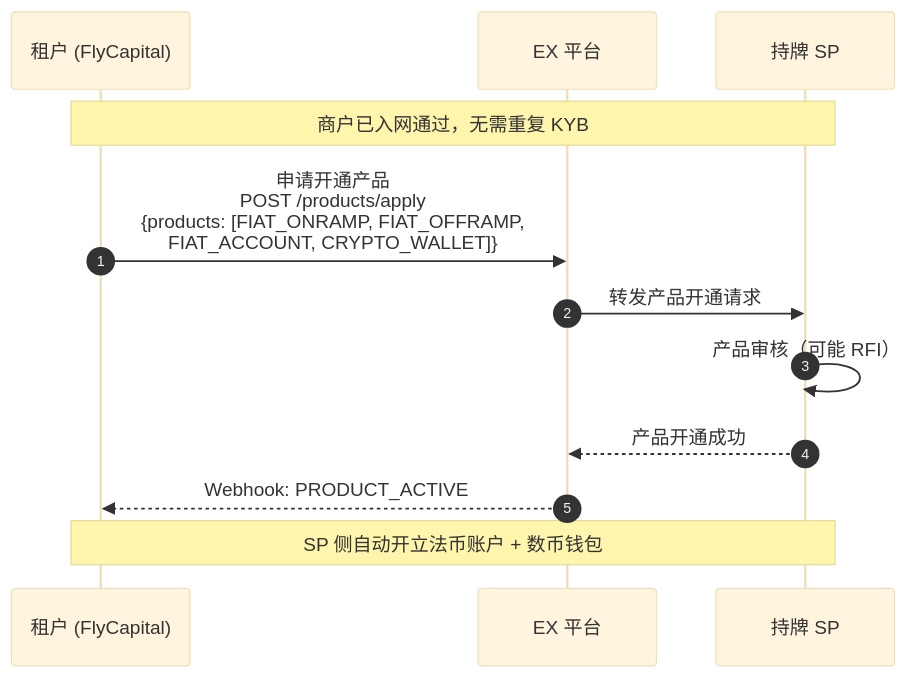
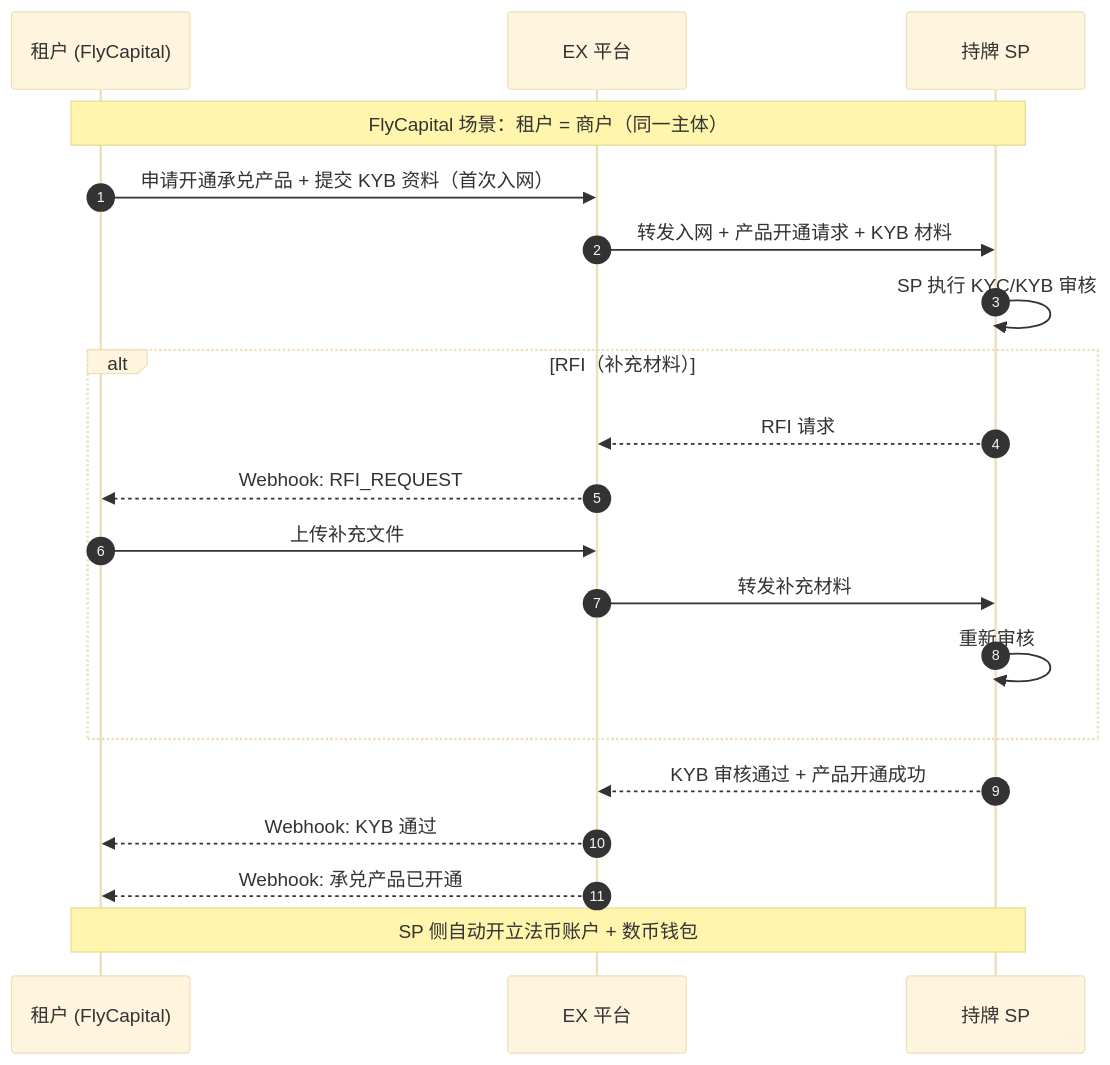
The second of 9 diagrams in Solutions/solutions/API-SOLUTION/ex-API-onofframp-solution.md (xiaoxiaoangie/EX-NEW), drawn with Mermaid (base theme) before and after one commit. The commit also changed other lines of this file and 18 other files, not shown here.

````diff
--- a/Solutions/solutions/API-SOLUTION/ex-API-onofframp-solution.md
+++ b/Solutions/solutions/API-SOLUTION/ex-API-onofframp-solution.md
@@ -151,16 +141,26 @@
 ```mermaid
 sequenceDiagram
     autonumber
     participant T as 租户 (FlyCapital)
     participant EX as EX 平台
     participant SP as 持牌 SP
 
-    Note over T,SP: 商户已入网通过，无需重复 KYB
+    Note over T,SP: FlyCapital 场景：租户 = 商户（同一主体）
 
-    T->>EX: 申请开通产品<br/>POST /products/apply<br/>{products: [FIAT_ONRAMP, FIAT_OFFRAMP,<br/>FIAT_ACCOUNT, CRYPTO_WALLET]}
-    EX->>SP: 转发产品开通请求
-    SP->>SP: 产品审核（可能 RFI）
-    SP-->>EX: 产品开通成功
-    EX-->>T: Webhook: PRODUCT_ACTIVE
+    T->>EX: 申请开通承兑产品 + 提交 KYB 资料（首次入网）
+    EX->>SP: 转发入网 + 产品开通请求 + KYB 材料
+    SP->>SP: SP 执行 KYC/KYB 审核
+
+    alt RFI（补充材料）
+        SP-->>EX: RFI 请求
+        EX-->>T: Webhook: RFI_REQUEST
+        T->>EX: 上传补充文件
+        EX->>SP: 转发补充材料
+        SP->>SP: 重新审核
+    end
+
+    SP-->>EX: KYB 审核通过 + 产品开通成功
+    EX-->>T: Webhook: KYB 通过
+    EX-->>T: Webhook: 承兑产品已开通
     Note over T,SP: SP 侧自动开立法币账户 + 数币钱包
 ```
````
